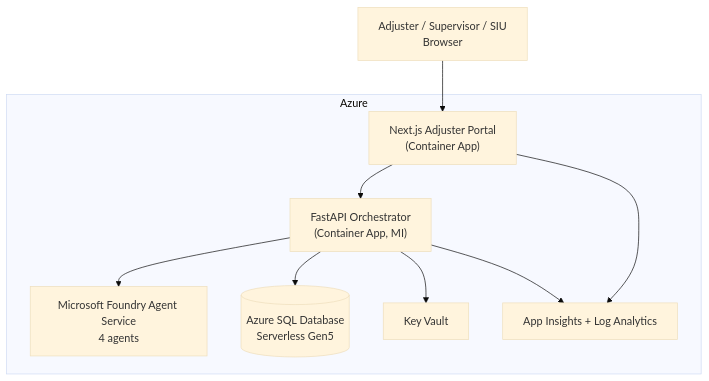
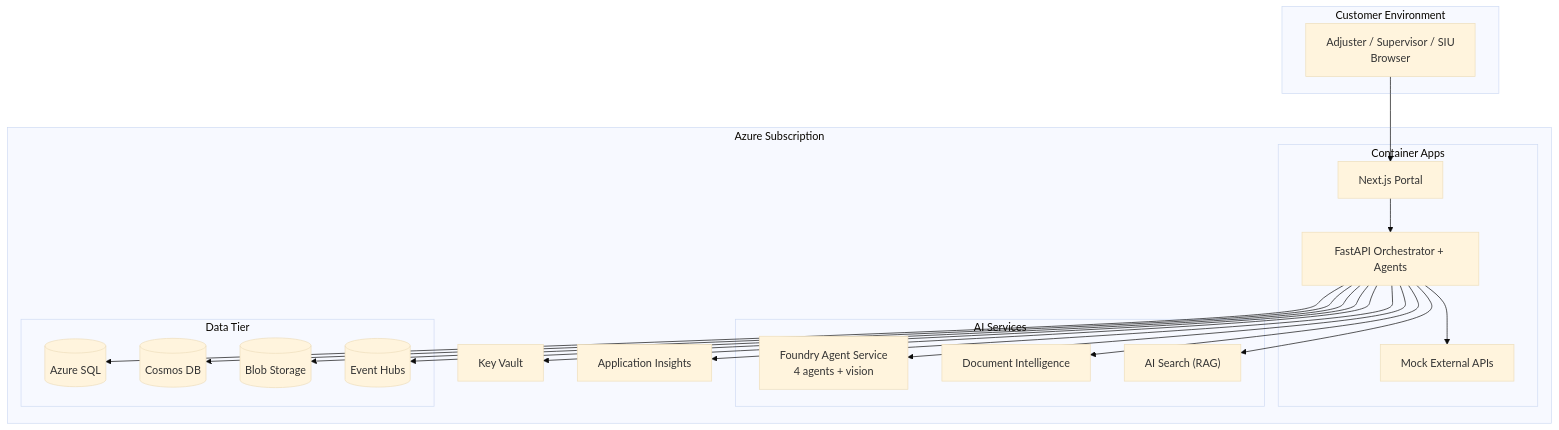
Before and after one commit to dustinsawicki/ProjectTriad: the diagram in README.md, drawn with Mermaid (base theme). The commit also changed other lines of this file and 67 other files, not shown here.

First line of the commit message:
V2: Agentic Claims Processing PoC — full event-driven multi-agent system (#3)

````diff
--- a/README.md
+++ b/README.md
@@ -12,17 +13,32 @@
 ```mermaid
 graph TD
-  Adjuster["Adjuster / Supervisor / SIU<br/>Browser"]
-  subgraph Azure
-    Web["Next.js Adjuster Portal<br/>(Container App)"]
-    API["FastAPI Orchestrator<br/>(Container App, MI)"]
-    Foundry["Microsoft Foundry Agent Service<br/>4 agents"]
-    SQL[("Azure SQL Database<br/>Serverless Gen5")]
-    KV["Key Vault"]
-    AI["App Insights + Log Analytics"]
-  end
-  Adjuster --> Web --> API --> Foundry
-  API --> SQL
-  API --> KV
-  API --> AI
-  Web --> AI
+    subgraph Customer["Customer Environment"]
+        Adjuster["Adjuster / Supervisor / SIU<br/>Browser"]
+    end
+
+    subgraph Azure["Azure Subscription"]
+        subgraph ACA["Container Apps"]
+            Web["Next.js Portal"]
+            API["FastAPI Orchestrator + Agents"]
+            ExtAPI["Mock External APIs"]
+        end
+        subgraph AI["AI Services"]
+            Foundry["Foundry Agent Service<br/>4 agents + vision"]
+            DocIntel["Document Intelligence"]
+            Search["AI Search (RAG)"]
+        end
+        subgraph Data["Data Tier"]
+            SQL[("Azure SQL")]
+            Cosmos[("Cosmos DB")]
+            Blob[("Blob Storage")]
+            EH[("Event Hubs")]
+        end
+        KV["Key Vault"]
+        AppIns["Application Insights"]
+    end
+
+    Adjuster --> Web --> API
+    API --> Foundry & DocIntel & Search
+    API --> SQL & Cosmos & Blob & EH & KV & ExtAPI
+    API --> AppIns
 ```
````
